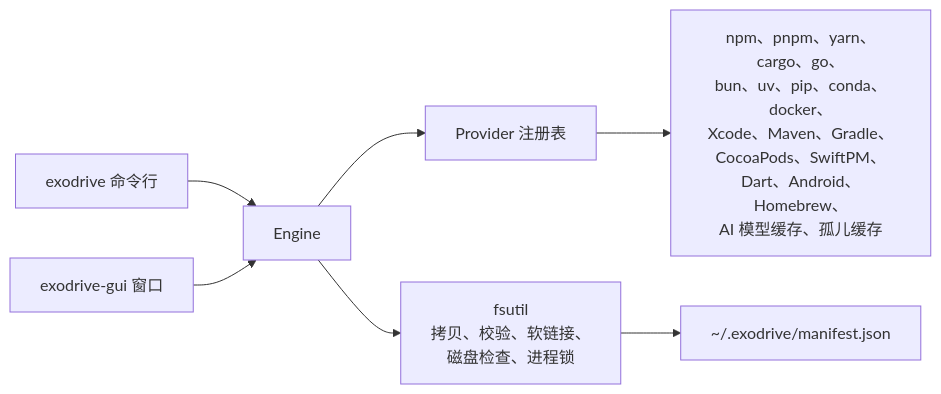
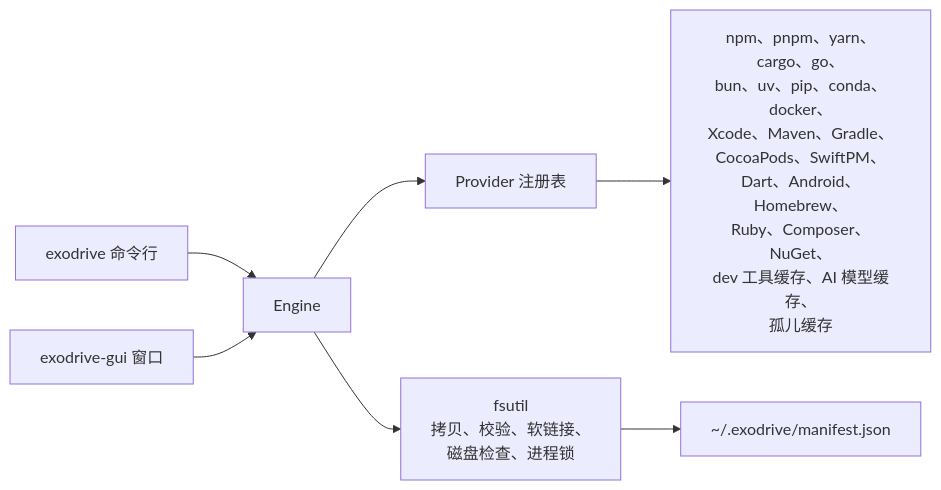
One commit to Jungley8/exodrive changed the diagram in README.zh.md. Above: the diagram before and after it, drawn with Mermaid. The commit also changed other lines of this file and 14 other files, not shown here.

First line of the commit message:
feat(providers): move Ruby, Composer, NuGet, and dev tool caches

````diff
--- a/README.zh.md
+++ b/README.zh.md
@@ -34,9 +34,9 @@
 ```mermaid
 flowchart LR
     CLI["exodrive 命令行"] --> Engine
     GUI["exodrive-gui 窗口"] --> Engine
     Engine --> Registry["Provider 注册表"]
-    Registry --> P["npm、pnpm、yarn、cargo、go、<br/>bun、uv、pip、conda、docker、<br/>Xcode、Maven、Gradle、<br/>CocoaPods、SwiftPM、<br/>Dart、Android、Homebrew、<br/>AI 模型缓存、孤儿缓存"]
+    Registry --> P["npm、pnpm、yarn、cargo、go、<br/>bun、uv、pip、conda、docker、<br/>Xcode、Maven、Gradle、<br/>CocoaPods、SwiftPM、<br/>Dart、Android、Homebrew、<br/>Ruby、Composer、NuGet、<br/>dev 工具缓存、AI 模型缓存、<br/>孤儿缓存"]
     Engine --> FS["fsutil<br/>拷贝、校验、软链接、<br/>磁盘检查、进程锁"]
     FS --> Ledger["~/.exodrive/manifest.json"]
 ```
````
